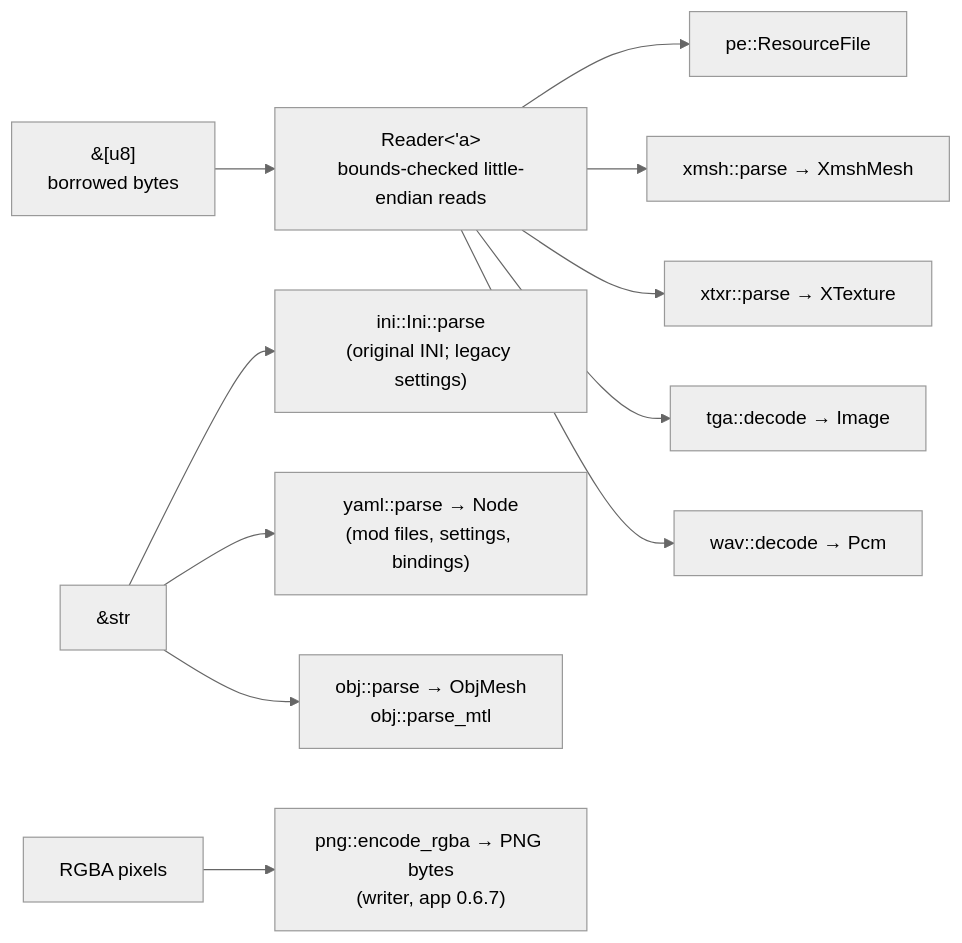
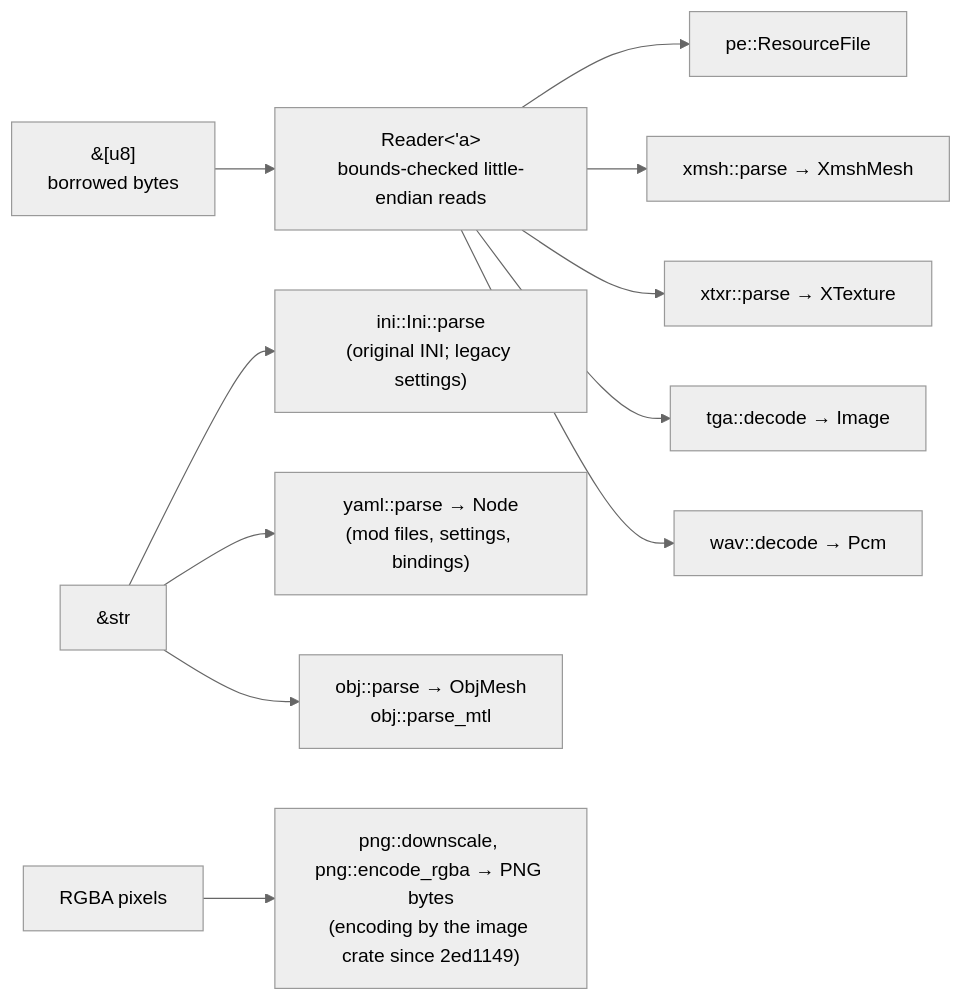
The diagram in docs/implementation/architecture/formats.md (bbogovich/OpenInterceptor), drawn with Mermaid (neutral theme) before and after one commit. The commit also changed other lines of this file and 29 other files, not shown here.

````diff
--- a/docs/implementation/architecture/formats.md
+++ b/docs/implementation/architecture/formats.md
@@ -9,13 +9,13 @@
 ```mermaid
 flowchart LR
     B["&[u8]<br/>borrowed bytes"] --> RD["Reader&lt;'a&gt;<br/>bounds-checked little-endian reads"]
     RD --> PE["pe::ResourceFile"]
     RD --> XM["xmsh::parse → XmshMesh"]
     RD --> XT["xtxr::parse → XTexture"]
     RD --> TG["tga::decode → Image"]
     RD --> WV["wav::decode → Pcm"]
     TXT["&str"] --> INI["ini::Ini::parse<br/>(original INI; legacy settings)"]
     TXT --> YML["yaml::parse → Node<br/>(mod files, settings, bindings)"]
     TXT --> OBJ["obj::parse → ObjMesh<br/>obj::parse_mtl"]
-    RGBA["RGBA pixels"] --> PNG["png::encode_rgba → PNG bytes<br/>(writer, app 0.6.7)"]
+    RGBA["RGBA pixels"] --> PNG["png::downscale, png::encode_rgba → PNG bytes<br/>(encoding by the image crate since 2ed1149)"]
 ```
````
